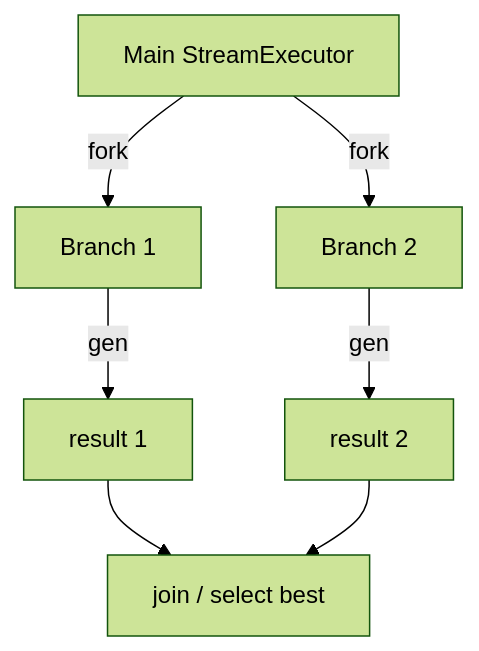
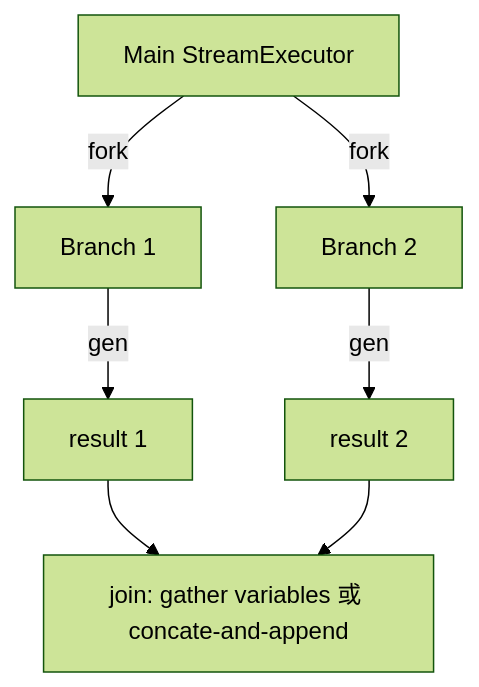
One commit to OnlyHero5/sglang-reading-vault changed the second of 2 diagrams in sglang_reading/扩展组件/前端语言/SGLang-前端语言-数据流.md. Above: the diagram before and after it, drawn with Mermaid (forest theme). The commit also changed other lines of this file and 512 other files, not shown here.

````diff
--- a/sglang_reading/扩展组件/前端语言/SGLang-前端语言-数据流.md
+++ b/sglang_reading/扩展组件/前端语言/SGLang-前端语言-数据流.md
@@ -159,10 +160,10 @@
 ```mermaid
 flowchart TB
  M[Main StreamExecutor]
  M -->|fork| B1[Branch 1]
  M -->|fork| B2[Branch 2]
  B1 -->|gen| R1[result 1]
  B2 -->|gen| R2[result 2]
- R1 --> J[join / select best]
+ R1 --> J[join: gather variables 或 concate-and-append]
  R2 --> J
 ```
````
